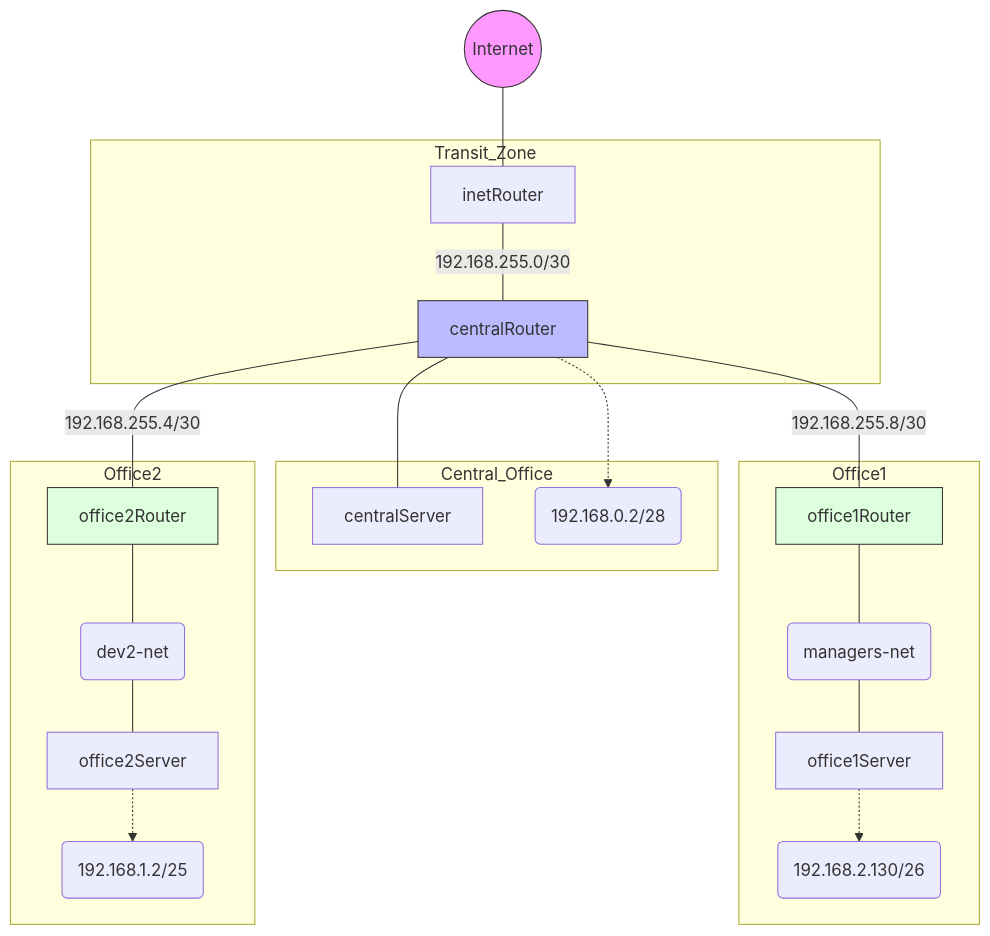
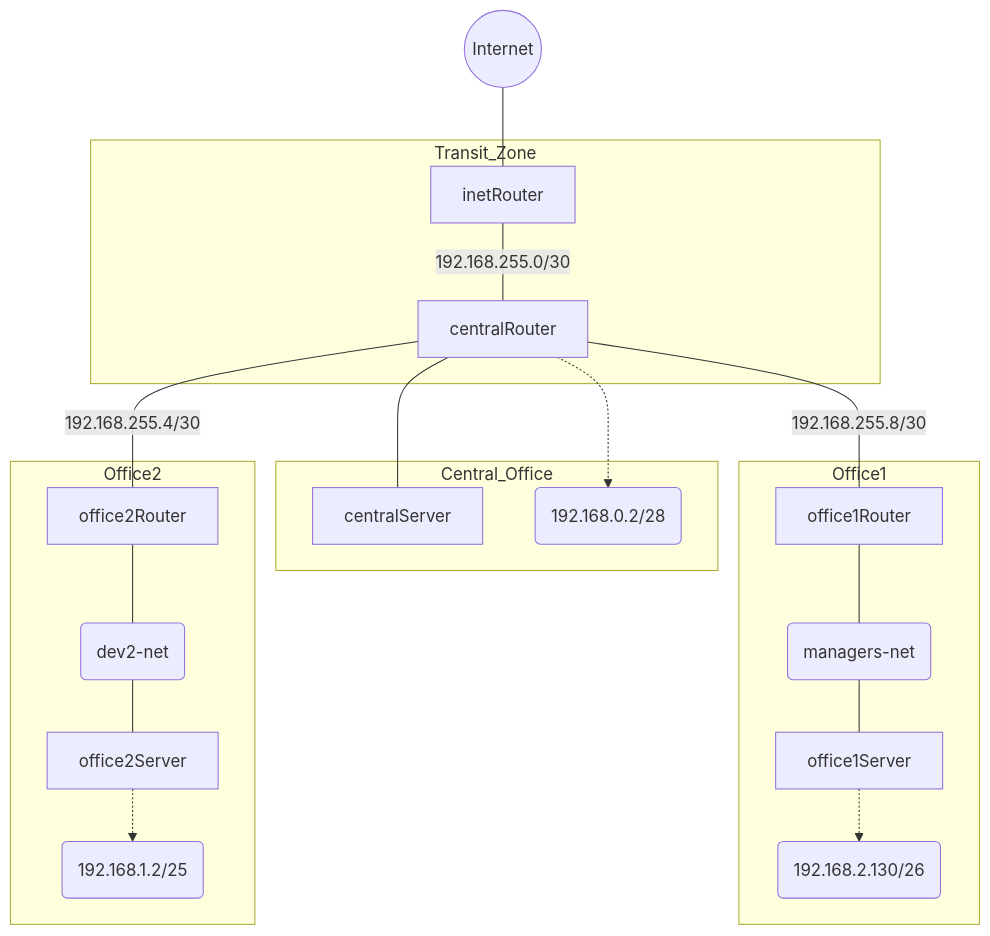
Before and after one commit to mrAlexbody/otus_linux-pro-2025-08: the second of 2 diagrams in 19_Network/README.md, drawn with Mermaid.

Commit message:
HW 19 "Network the end"

````diff
--- a/19_Network/README.md
+++ b/19_Network/README.md
@@ -101,35 +101,29 @@
 ```mermaid
 graph TD
     Internet((Internet)) --- inetRouter[inetRouter]
     
     subgraph Transit_Zone
         inetRouter -- "192.168.255.0/30" --- centralRouter[centralRouter]
     end
 
     subgraph Central_Office
         centralRouter --- centralServer[centralServer]
         centralRouter -.-> C_Info("192.168.0.2/28")
     end
 
     centralRouter -- "192.168.255.8/30" --- office1Router[office1Router]
     centralRouter -- "192.168.255.4/30" --- office2Router[office2Router]
 
     subgraph Office1
         office1Router --- managersNet(managers-net)
         managersNet --- office1Server[office1Server]
         office1Server -.-> O1_IP("192.168.2.130/26")
     end
 
     subgraph Office2
         office2Router --- dev2Net(dev2-net)
         dev2Net --- office2Server[office2Server]
         office2Server -.-> O2_IP("192.168.1.2/25")
     end
 
-    %% Стилизация
-    style Internet fill:#f9f,stroke:#333
-    style centralRouter fill:#bbf,stroke:#333
-    style office1Router fill:#dfd,stroke:#333
-    style office2Router fill:#dfd,stroke:#333
-
 ```
````
